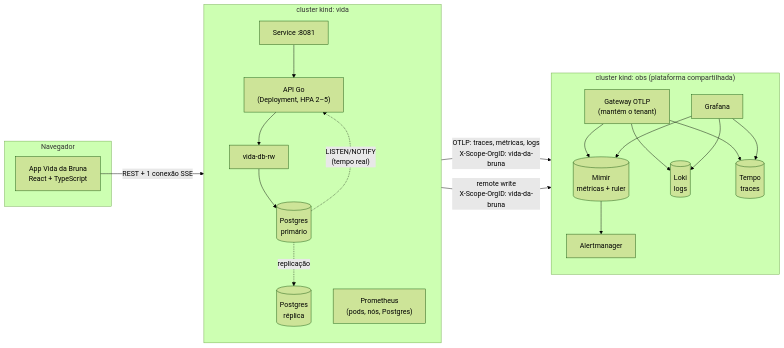
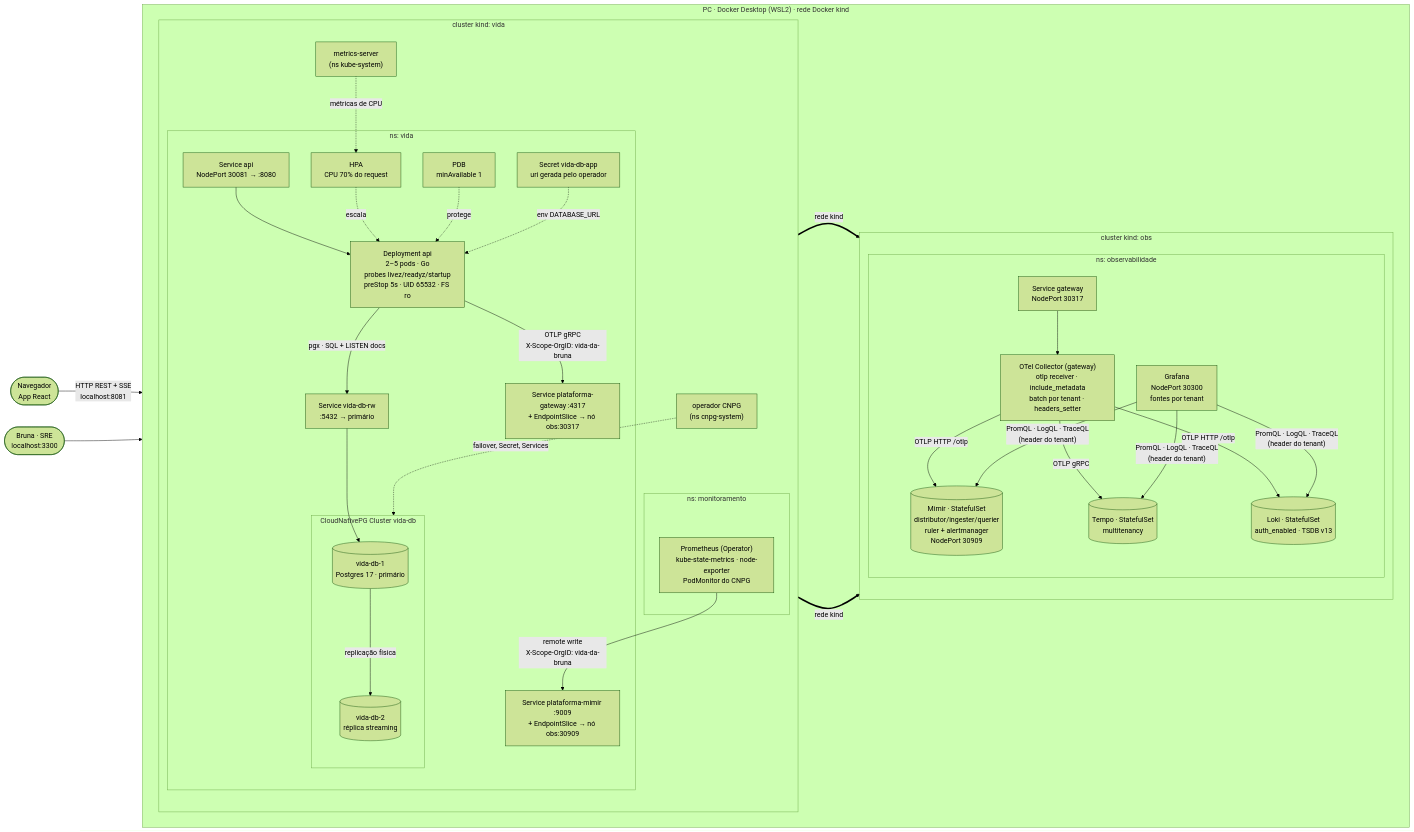
Before and after one commit to BrunaFranca/vida-da-bruna-api: the third of 3 diagrams in README.md, drawn with Mermaid (forest theme). The commit also changed other lines of this file, not shown here.

````diff
--- a/README.md
+++ b/README.md
@@ -34,27 +90,60 @@
 ```mermaid
 flowchart LR
-  subgraph PC["Navegador"]
-    APP["App Vida da Bruna<br/>React + TypeScript"]
+  subgraph HOST["PC · Docker Desktop (WSL2) · rede Docker kind"]
+    direction LR
+
+    subgraph VIDA["cluster kind: vida"]
+      direction TB
+      subgraph NSV["ns: vida"]
+        SVC["Service api<br/>NodePort 30081 → :8080"]
+        DEP["Deployment api<br/>2–5 pods · Go<br/>probes livez/readyz/startup<br/>preStop 5s · UID 65532 · FS ro"]
+        HPA["HPA<br/>CPU 70% do request"]
+        PDB["PDB<br/>minAvailable 1"]
+        RW["Service vida-db-rw<br/>:5432 → primário"]
+        subgraph CNPG["CloudNativePG Cluster vida-db"]
+          P1[("vida-db-1<br/>Postgres 17 · primário")]
+          P2[("vida-db-2<br/>réplica streaming")]
+        end
+        SEC["Secret vida-db-app<br/>uri gerada pelo operador"]
+        PGW["Service plataforma-gateway :4317<br/>+ EndpointSlice → nó obs:30317"]
+        PMW["Service plataforma-mimir :9009<br/>+ EndpointSlice → nó obs:30909"]
+      end
+      subgraph NSM["ns: monitoramento"]
+        PROM["Prometheus (Operator)<br/>kube-state-metrics · node-exporter<br/>PodMonitor do CNPG"]
+      end
+      MS["metrics-server<br/>(ns kube-system)"]
+      OP["operador CNPG<br/>(ns cnpg-system)"]
+    end
+
+    subgraph OBS["cluster kind: obs"]
+      direction TB
+      subgraph NSO["ns: observabilidade"]
+        GWS["Service gateway<br/>NodePort 30317"]
+        GW["OTel Collector (gateway)<br/>otlp receiver · include_metadata<br/>batch por tenant · headers_setter"]
+        MI[("Mimir · StatefulSet<br/>distributor/ingester/querier<br/>ruler + alertmanager<br/>NodePort 30909")]
+        LO[("Loki · StatefulSet<br/>auth_enabled · TSDB v13")]
+        TE[("Tempo · StatefulSet<br/>multitenancy")]
+        GF["Grafana<br/>NodePort 30300<br/>fontes por tenant"]
+      end
+    end
   end
 
-  subgraph VIDA["cluster kind: vida"]
-    direction TB
-    SVC["Service :8081"] --> API["API Go<br/>(Deployment, HPA 2–5)"]
-    API --> RW["vida-db-rw"]
-    RW --> PG1[("Postgres<br/>primário")]
-    PG1 -. replicação .-> PG2[("Postgres<br/>réplica")]
-    PG1 -. "LISTEN/NOTIFY<br/>(tempo real)" .-> API
-    PROM["Prometheus<br/>(pods, nós, Postgres)"]
-  end
-
-  subgraph OBS["cluster kind: obs (plataforma compartilhada)"]
-    direction TB
-    GW["Gateway OTLP<br/>(mantém o tenant)"] --> MIMIR[("Mimir<br/>métricas + ruler")] & LOKI[("Loki<br/>logs")] & TEMPO[("Tempo<br/>traces")]
-    MIMIR --> AM["Alertmanager"]
-    GRAF["Grafana"] --> MIMIR & LOKI & TEMPO
-  end
-
-  APP -- "REST + 1 conexão SSE" --> SVC
-  API -- "OTLP: traces, métricas, logs<br/>X-Scope-OrgID: vida-da-bruna" --> GW
-  PROM -- "remote write<br/>X-Scope-OrgID: vida-da-bruna" --> MIMIR
+  NAV(["Navegador<br/>App React"]) -- "HTTP REST + SSE<br/>localhost:8081" --> SVC
+  SVC --> DEP
+  HPA -. escala .-> DEP
+  MS -. "métricas de CPU" .-> HPA
+  PDB -. protege .-> DEP
+  DEP -- "pgx · SQL + LISTEN docs" --> RW --> P1
+  P1 -- "replicação física" --> P2
+  OP -. "failover, Secret, Services" .-> CNPG
+  SEC -. "env DATABASE_URL" .-> DEP
+  DEP -- "OTLP gRPC<br/>X-Scope-OrgID: vida-da-bruna" --> PGW
+  PROM -- "remote write<br/>X-Scope-OrgID: vida-da-bruna" --> PMW
+  PGW == "rede kind" ==> GWS --> GW
+  PMW == "rede kind" ==> MI
+  GW -- "OTLP HTTP /otlp" --> MI
+  GW -- "OTLP gRPC" --> TE
+  GW -- "OTLP HTTP /otlp" --> LO
+  GF -- "PromQL · LogQL · TraceQL<br/>(header do tenant)" --> MI & LO & TE
+  DEV(["Bruna · SRE<br/>localhost:3300"]) --> GF
 ```
````
